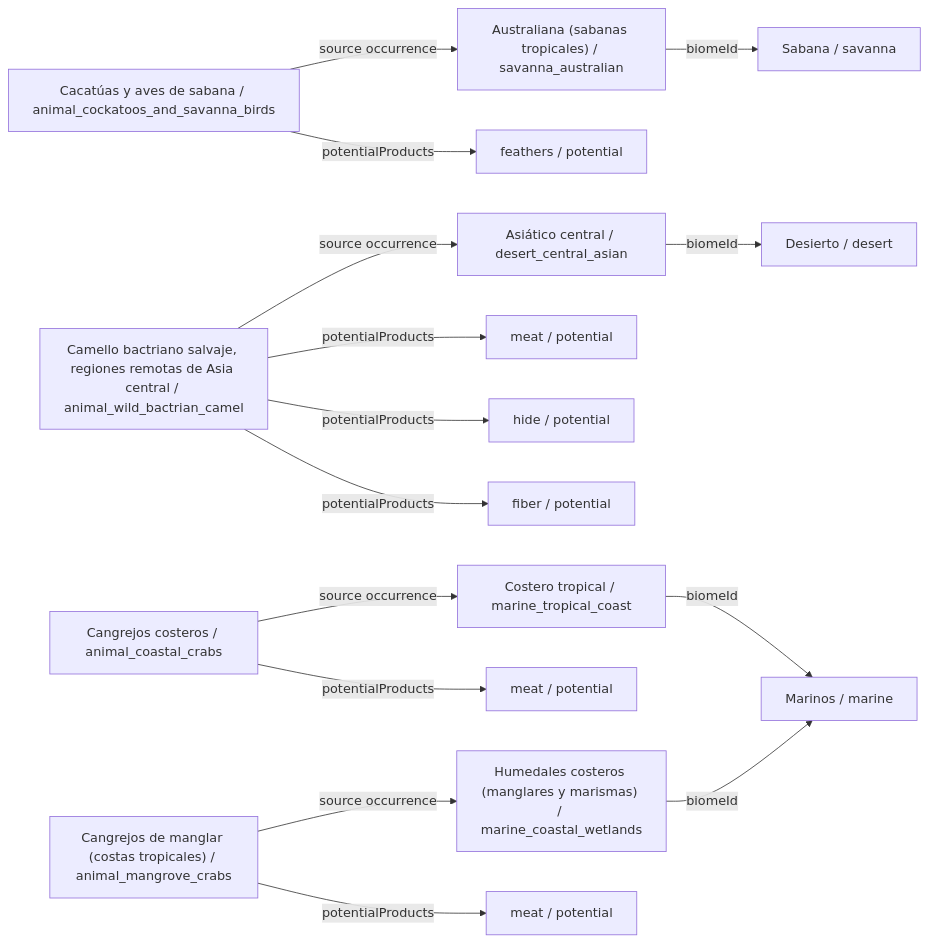
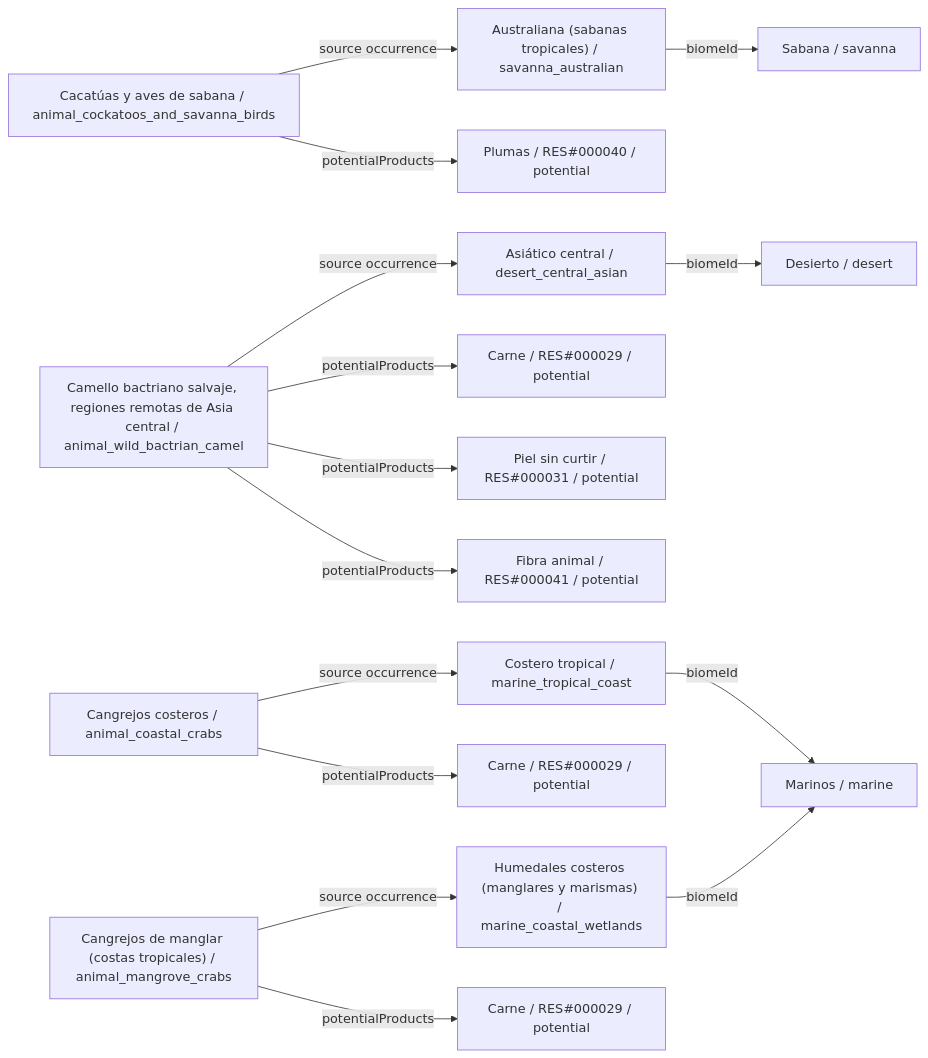
Before and after one commit to fgabo404/EvolveDoc: the fifth of 34 diagrams in data/animals/DIAGRAMS.es.md, drawn with Mermaid. The commit also changed other lines of this file and 50 other files, not shown here.

````diff
--- a/data/animals/DIAGRAMS.es.md
+++ b/data/animals/DIAGRAMS.es.md
@@ -318,34 +318,34 @@
 ```mermaid
 flowchart LR
     c0["Cacatúas y aves de sabana / animal_cockatoos_and_savanna_birds"]
     v14["Australiana (sabanas tropicales) / savanna_australian"]
     b3["Sabana / savanna"]
-    o0_0["feathers / potential"]
+    o0_0["Plumas / RES#000040 / potential"]
     c1["Camello bactriano salvaje, regiones remotas de Asia central / animal_wild_bactrian_camel"]
     v17["Asiático central / desert_central_asian"]
     b4["Desierto / desert"]
-    o1_0["meat / potential"]
-    o1_1["hide / potential"]
-    o1_2["fiber / potential"]
+    o1_0["Carne / RES#000029 / potential"]
+    o1_1["Piel sin curtir / RES#000031 / potential"]
+    o1_2["Fibra animal / RES#000041 / potential"]
     c2["Cangrejos costeros / animal_coastal_crabs"]
     v19["Costero tropical / marine_tropical_coast"]
     b5["Marinos / marine"]
-    o2_0["meat / potential"]
+    o2_0["Carne / RES#000029 / potential"]
     c3["Cangrejos de manglar (costas tropicales) / animal_mangrove_crabs"]
     v22["Humedales costeros (manglares y marismas) / marine_coastal_wetlands"]
-    o3_0["meat / potential"]
+    o3_0["Carne / RES#000029 / potential"]
     c0 -->|potentialProducts| o0_0
     c0 -->|source occurrence| v14
     c1 -->|potentialProducts| o1_0
     c1 -->|potentialProducts| o1_1
     c1 -->|potentialProducts| o1_2
     c1 -->|source occurrence| v17
     c2 -->|potentialProducts| o2_0
     c2 -->|source occurrence| v19
     c3 -->|potentialProducts| o3_0
     c3 -->|source occurrence| v22
     v14 -->|biomeId| b3
     v17 -->|biomeId| b4
     v19 -->|biomeId| b5
     v22 -->|biomeId| b5
 ```
````
